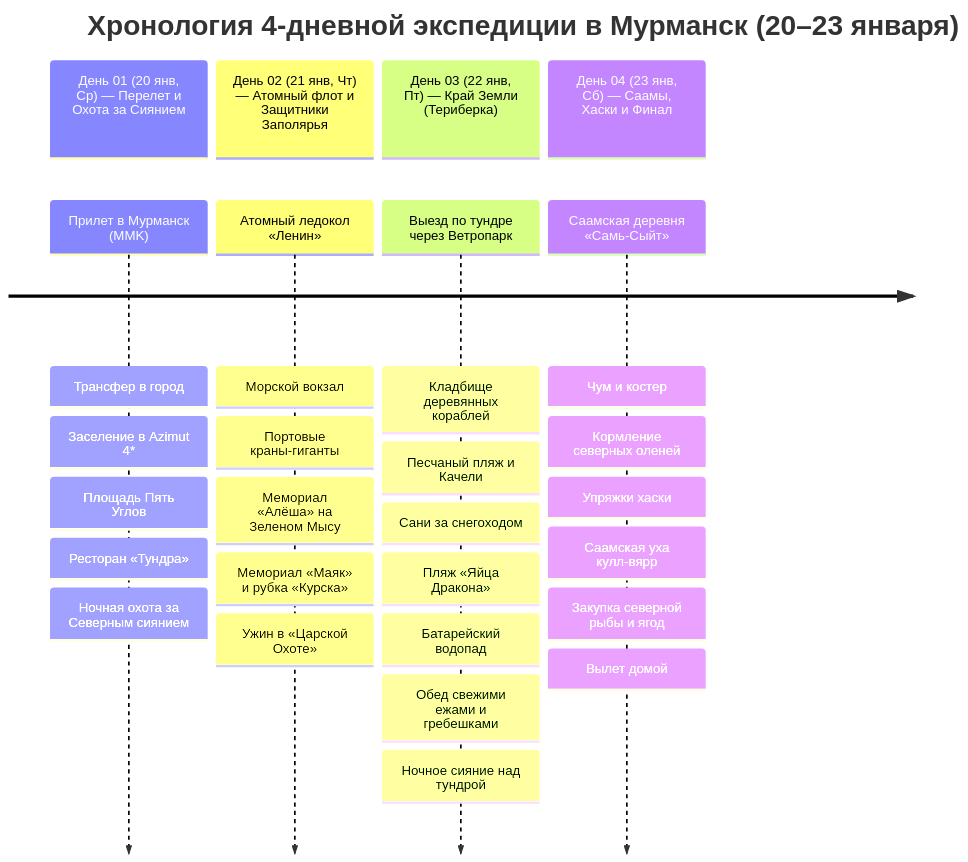
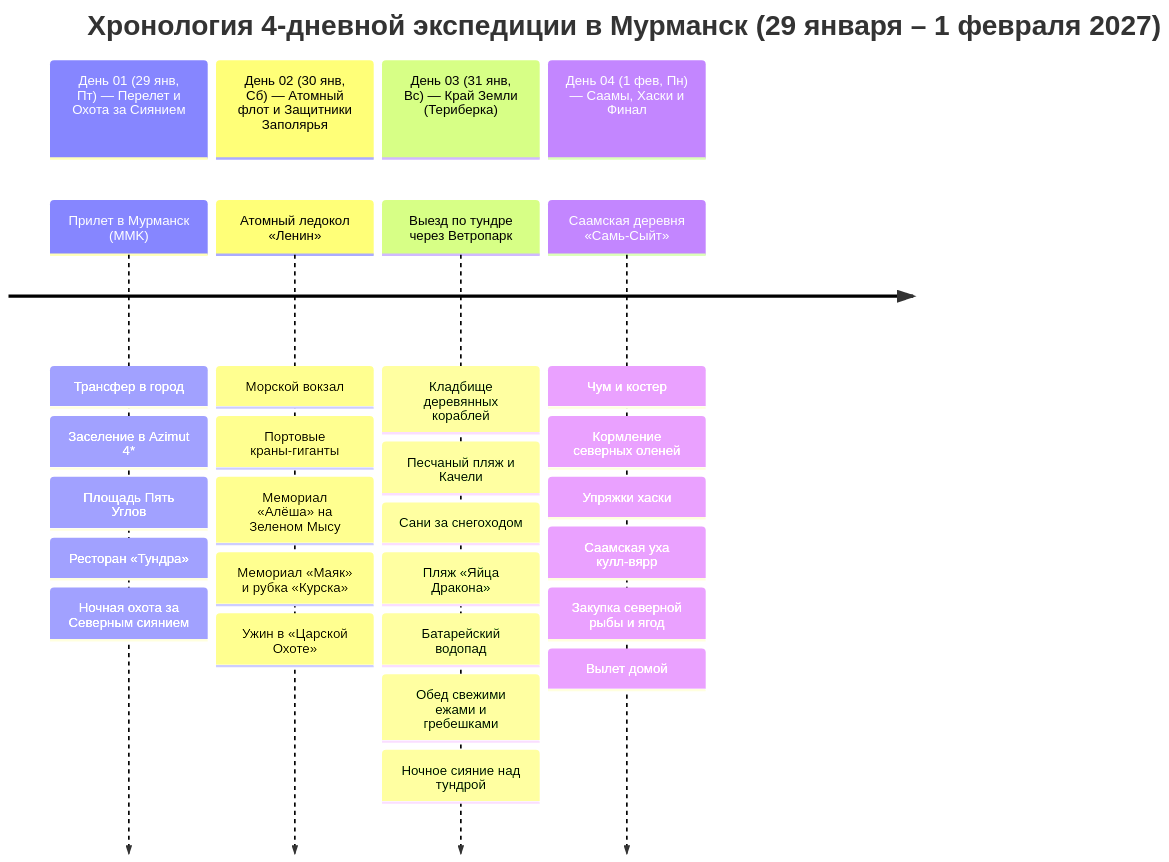
One commit to injurka/obsidian-mark changed the diagram in Personal Note/Travel/-- Murmansk/Murmansk.md. Above: the diagram before and after it, drawn with Mermaid. The commit also changed other lines of this file and 18 other files, not shown here.

````diff
--- a/Personal Note/Travel/-- Murmansk/Murmansk.md
+++ b/Personal Note/Travel/-- Murmansk/Murmansk.md
@@ -36,12 +36,12 @@
 ```mermaid
 timeline
-    title Хронология 4-дневной экспедиции в Мурманск (20–23 января)
-    section День 01 (20 янв, Ср) — Перелет и Охота за Сиянием
+    title Хронология 4-дневной экспедиции в Мурманск (29 января – 1 февраля 2027)
+    section День 01 (29 янв, Пт) — Перелет и Охота за Сиянием
         Прилет в Мурманск (MMK) : Трансфер в город : Заселение в Azimut 4* : Площадь Пять Углов : Ресторан «Тундра» : Ночная охота за Северным сиянием
-    section День 02 (21 янв, Чт) — Атомный флот и Защитники Заполярья
+    section День 02 (30 янв, Сб) — Атомный флот и Защитники Заполярья
         Атомный ледокол «Ленин» : Морской вокзал : Портовые краны-гиганты : Мемориал «Алёша» на Зеленом Мысу : Мемориал «Маяк» и рубка «Курска» : Ужин в «Царской Охоте»
-    section День 03 (22 янв, Пт) — Край Земли (Териберка)
+    section День 03 (31 янв, Вс) — Край Земли (Териберка)
         Выезд по тундре через Ветропарк : Кладбище деревянных кораблей : Песчаный пляж и Качели : Сани за снегоходом : Пляж «Яйца Дракона» : Батарейский водопад : Обед свежими ежами и гребешками : Ночное сияние над тундрой
-    section День 04 (23 янв, Сб) — Саамы, Хаски и Финал
+    section День 04 (1 фев, Пн) — Саамы, Хаски и Финал
         Саамская деревня «Самь-Сыйт» : Чум и костер : Кормление северных оленей : Упряжки хаски : Саамская уха кулл-вярр : Закупка северной рыбы и ягод : Вылет домой
 ```
````
